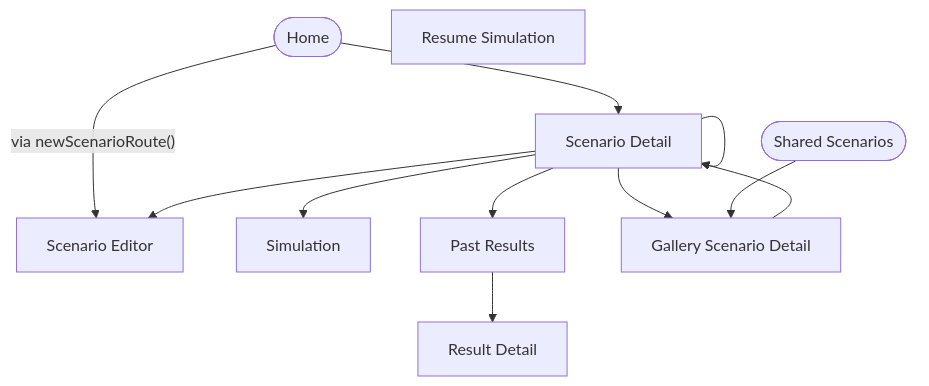
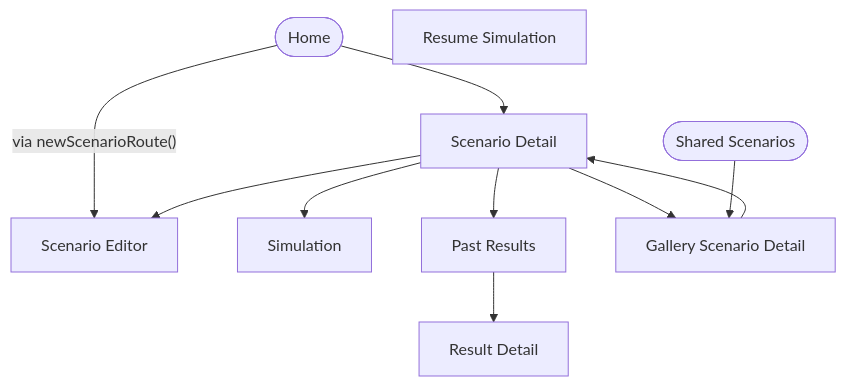
The diagram in docs/design/navigation-map.md (tyabu12/pastura), drawn with Mermaid before and after one commit. The commit also changed 4 other files, not shown here.

````diff
--- a/docs/design/navigation-map.md
+++ b/docs/design/navigation-map.md
@@ -14,22 +14,21 @@
 ```mermaid
 flowchart TD
   home([Home])
   sharedScenarios([Shared Scenarios])
   scenarioDetail["Scenario Detail"]
   editor["Scenario Editor"]
   simulation["Simulation"]
   results["Past Results"]
   resumeSimulation["Resume Simulation"]
   resultDetail["Result Detail"]
   galleryScenarioDetail["Gallery Scenario Detail"]
   galleryScenarioDetail --> scenarioDetail
   home -->|"via newScenarioRoute()"| editor
   home --> scenarioDetail
   results --> resultDetail
   scenarioDetail --> editor
   scenarioDetail --> galleryScenarioDetail
   scenarioDetail --> results
-  scenarioDetail --> scenarioDetail
   scenarioDetail --> simulation
   sharedScenarios --> galleryScenarioDetail
 ```
````
